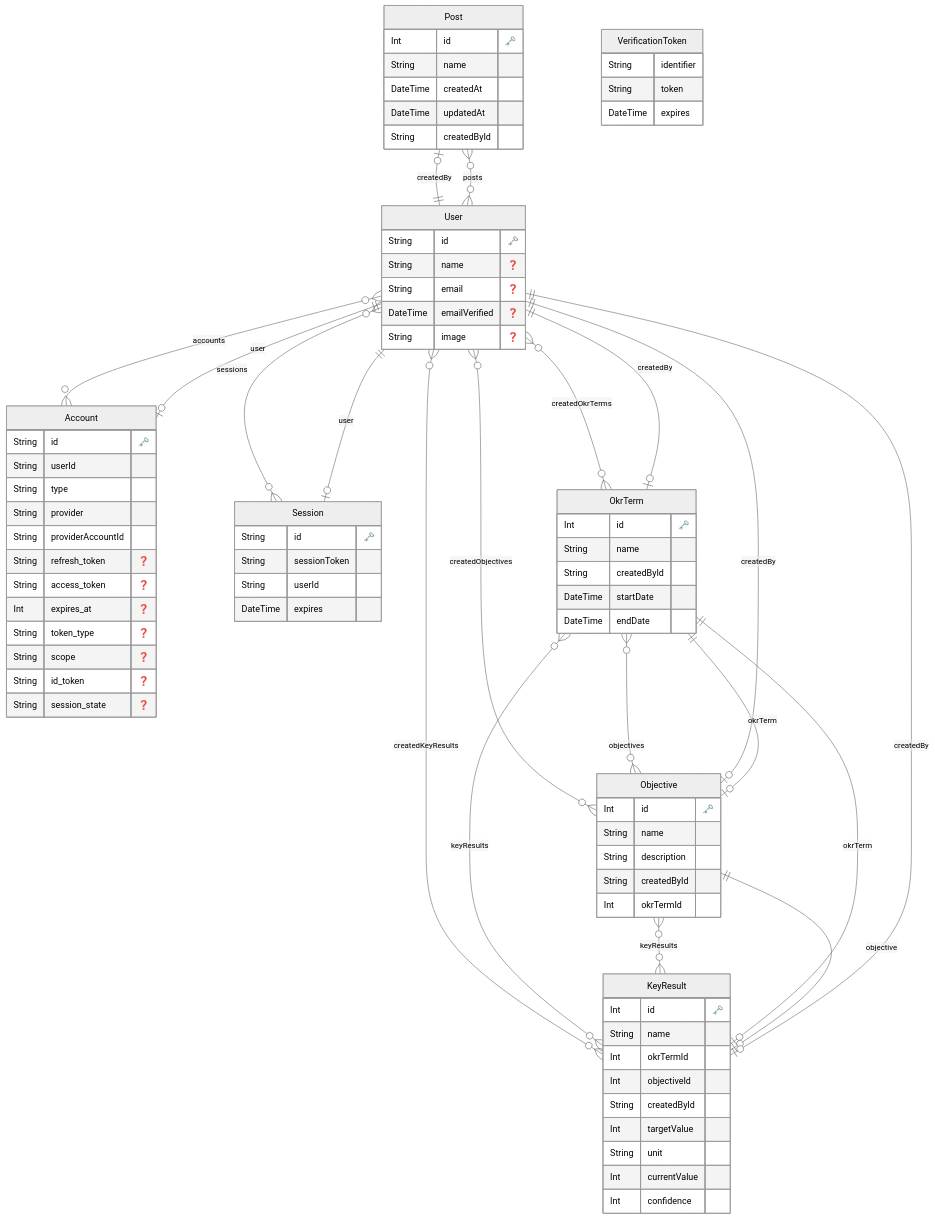
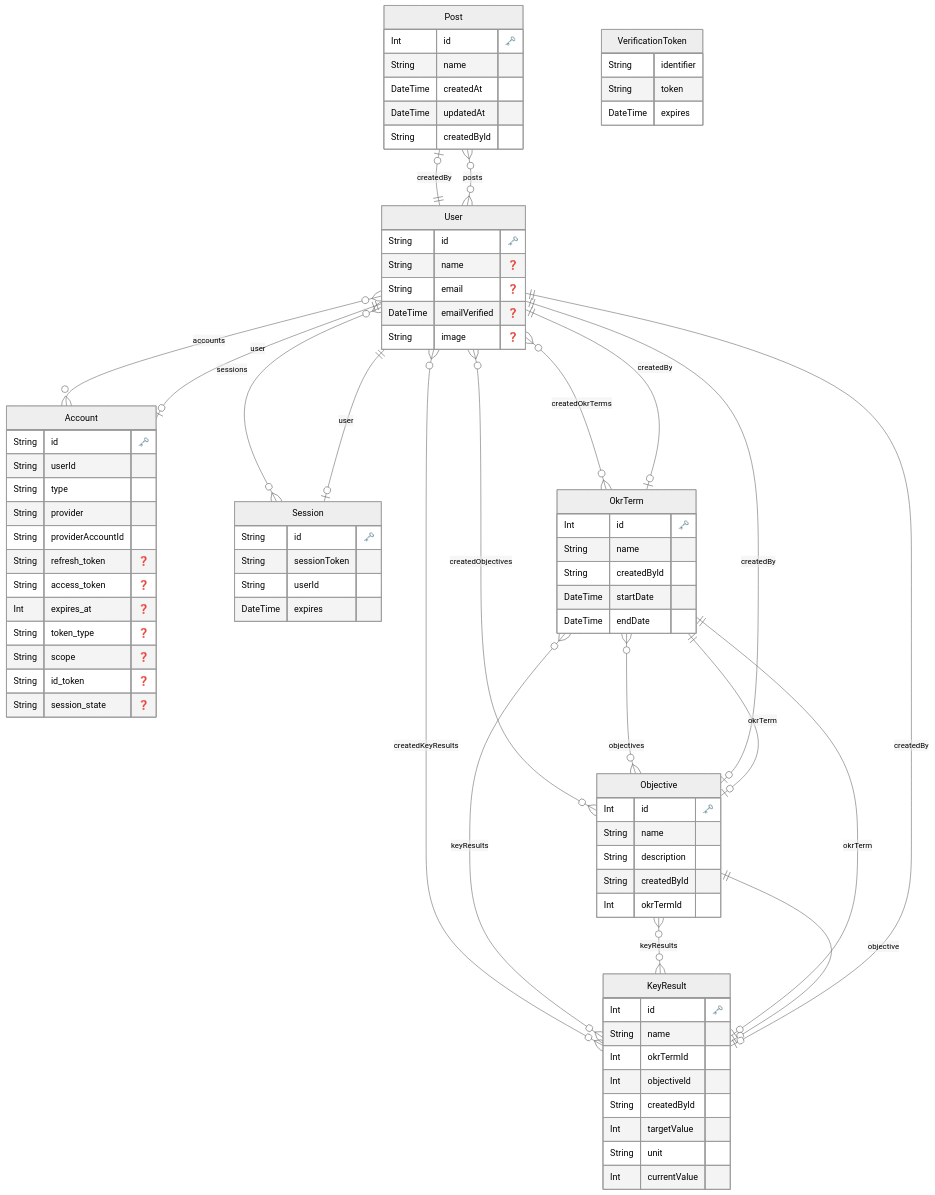
The diagram in prisma/ERD.md (hiro-minami/moonshot), drawn with Mermaid (neutral theme) before and after one commit. The commit also changed 16 other files, not shown here.

```diff
--- a/prisma/ERD.md
+++ b/prisma/ERD.md
@@ -77,7 +77,6 @@
     Int targetValue 
     String unit 
     Int currentValue 
-    Int confidence 
     }
   
     "Post" o|--|| "User" : "createdBy"
```
